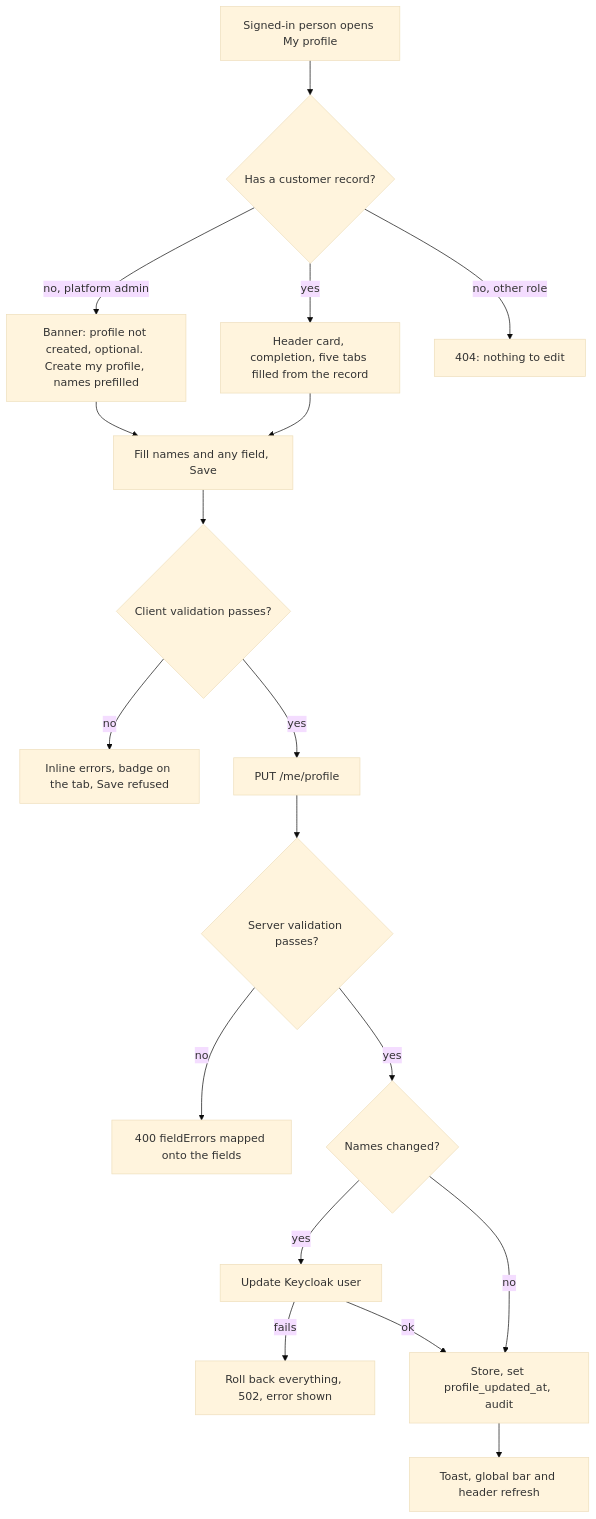
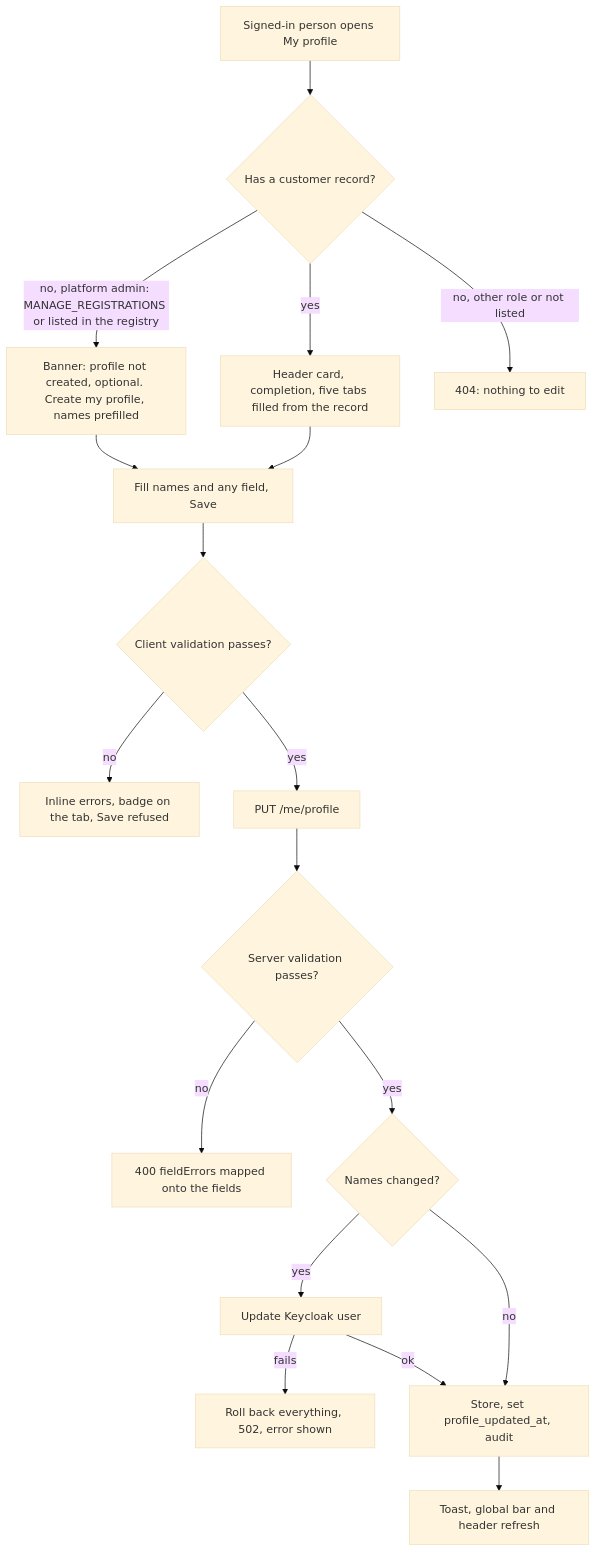
One commit to evyoog/Enterprise-Intelligence-Suite changed the diagram in docs/02-requirements/FRD/my-profile/workflow.md. Above: the diagram before and after it, drawn with Mermaid (base theme). The commit also changed other lines of this file and 33 other files, not shown here.

First line of the commit message:
Platform admin registry docs: decision C108, my-profile FRD updates, architecture and S3 migration guide, TC-TEN-139..157

````diff
--- a/docs/02-requirements/FRD/my-profile/workflow.md
+++ b/docs/02-requirements/FRD/my-profile/workflow.md
@@ -3,20 +3,20 @@
 ```mermaid
 flowchart TD
   A[Signed-in person opens My profile] --> B{Has a customer record?}
   B -- yes --> C[Header card, completion, five tabs filled from the record]
-  B -- no, platform admin --> D[Banner: profile not created, optional. Create my profile, names prefilled]
-  B -- no, other role --> N[404: nothing to edit]
+  B -- no, platform admin: MANAGE_REGISTRATIONS or listed in the registry --> D[Banner: profile not created, optional. Create my profile, names prefilled]
+  B -- no, other role or not listed --> N[404: nothing to edit]
   D --> E[Fill names and any field, Save]
   C --> E
   E --> F{Client validation passes?}
   F -- no --> G[Inline errors, badge on the tab, Save refused]
   F -- yes --> H[PUT /me/profile]
   H --> I{Server validation passes?}
   I -- no --> J[400 fieldErrors mapped onto the fields]
   I -- yes --> K{Names changed?}
   K -- yes --> L[Update Keycloak user]
   L -- fails --> M[Roll back everything, 502, error shown]
   L -- ok --> O[Store, set profile_updated_at, audit]
   K -- no --> O
   O --> P[Toast, global bar and header refresh]
 ```
````
